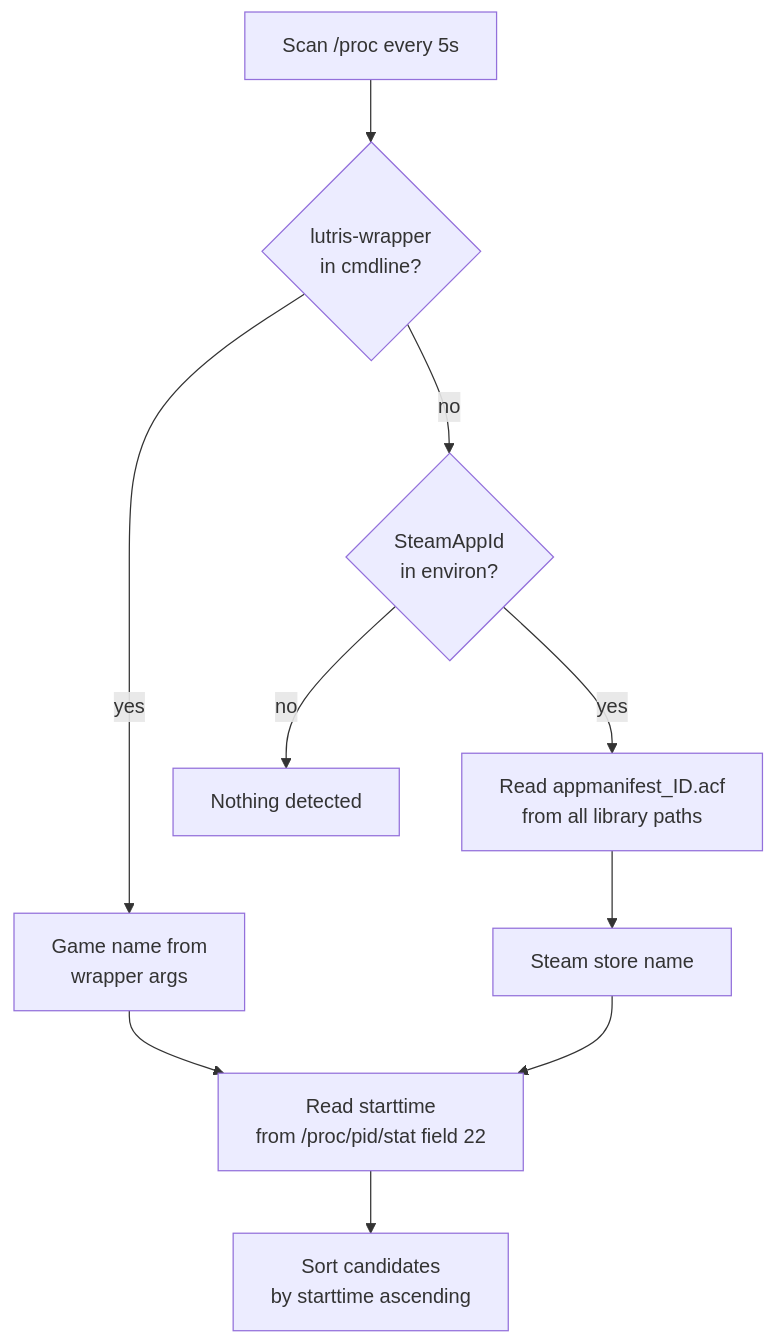
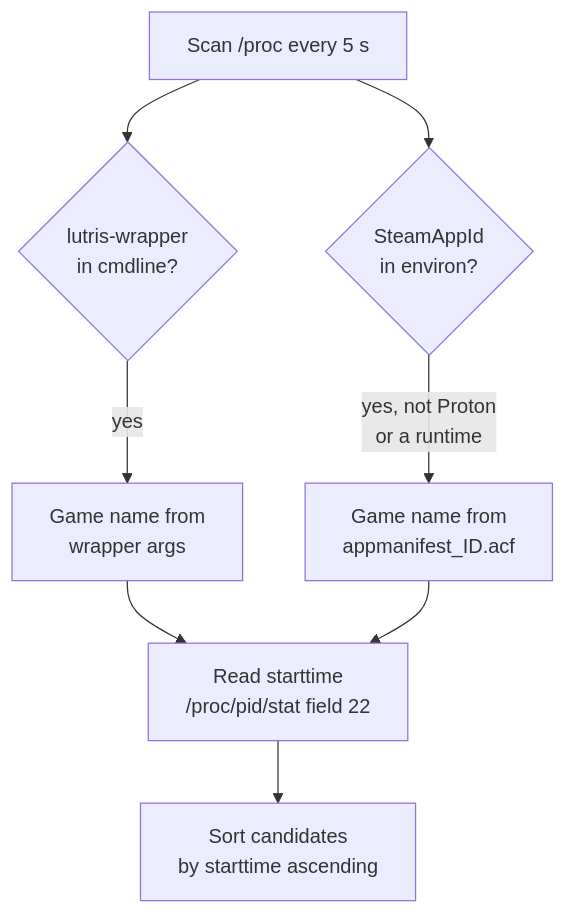
One commit to jayng9663/VN-Presence changed the third of 6 diagrams in README.md. Above: the diagram before and after it, drawn with Mermaid. The commit also changed other lines of this file, not shown here.

Commit message:
docs: fix flowchart line breaks and match charts to current behaviour

````diff
--- a/README.md
+++ b/README.md
@@ -59,13 +80,10 @@
 ```mermaid
 flowchart TD
-    P[Scan /proc every 5s]
-    P --> L{lutris-wrapper\nin cmdline?}
-    L -- yes --> LN[Game name from\nwrapper args]
-    L -- no --> S{SteamAppId\nin environ?}
-    S -- yes --> SA[Read appmanifest_ID.acf\nfrom all library paths]
-    SA --> SN[Steam store name]
-    S -- no --> NONE[Nothing detected]
-    LN --> ST[Read starttime\nfrom /proc/pid/stat field 22]
+    P[Scan /proc every 5 s] --> L{lutris-wrapper<br>in cmdline?}
+    P --> S{SteamAppId<br>in environ?}
+    L -- yes --> LN[Game name from<br>wrapper args]
+    S -- "yes, not Proton<br>or a runtime" --> SN[Game name from<br>appmanifest_ID.acf]
+    LN --> ST[Read starttime<br>/proc/pid/stat field 22]
     SN --> ST
-    ST --> SORT[Sort candidates\nby starttime ascending]
+    ST --> SORT[Sort candidates<br>by starttime ascending]
 ```
````
